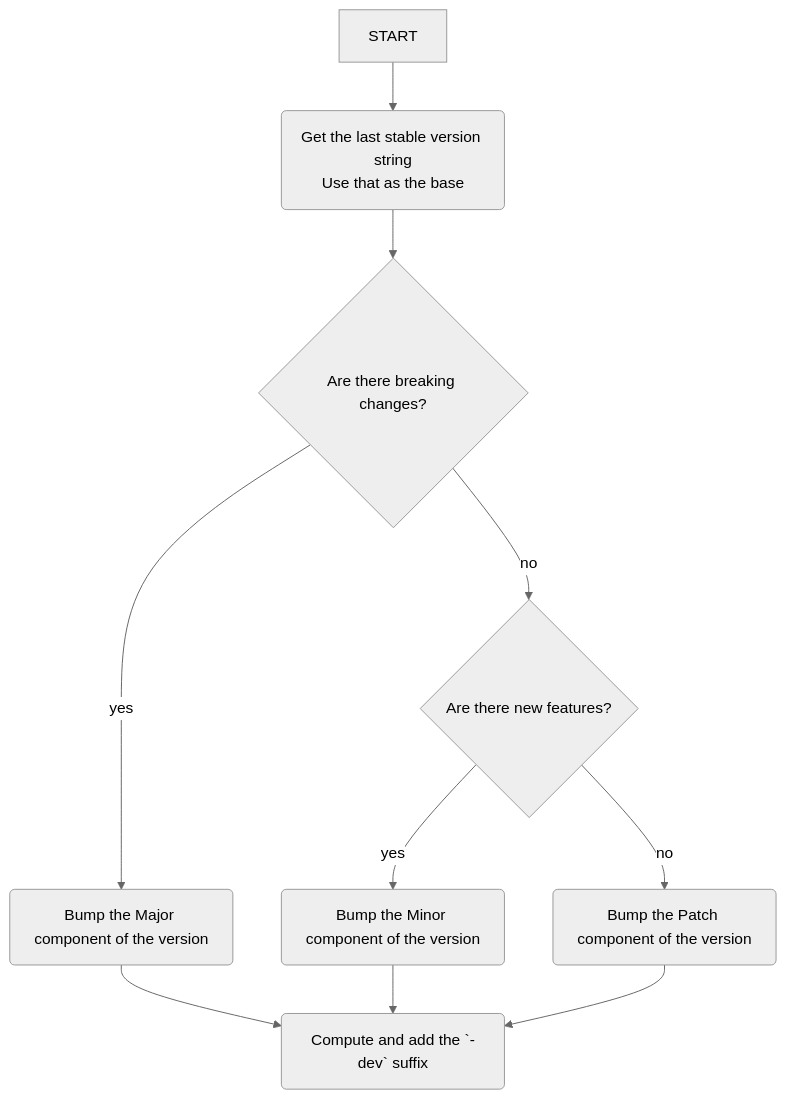
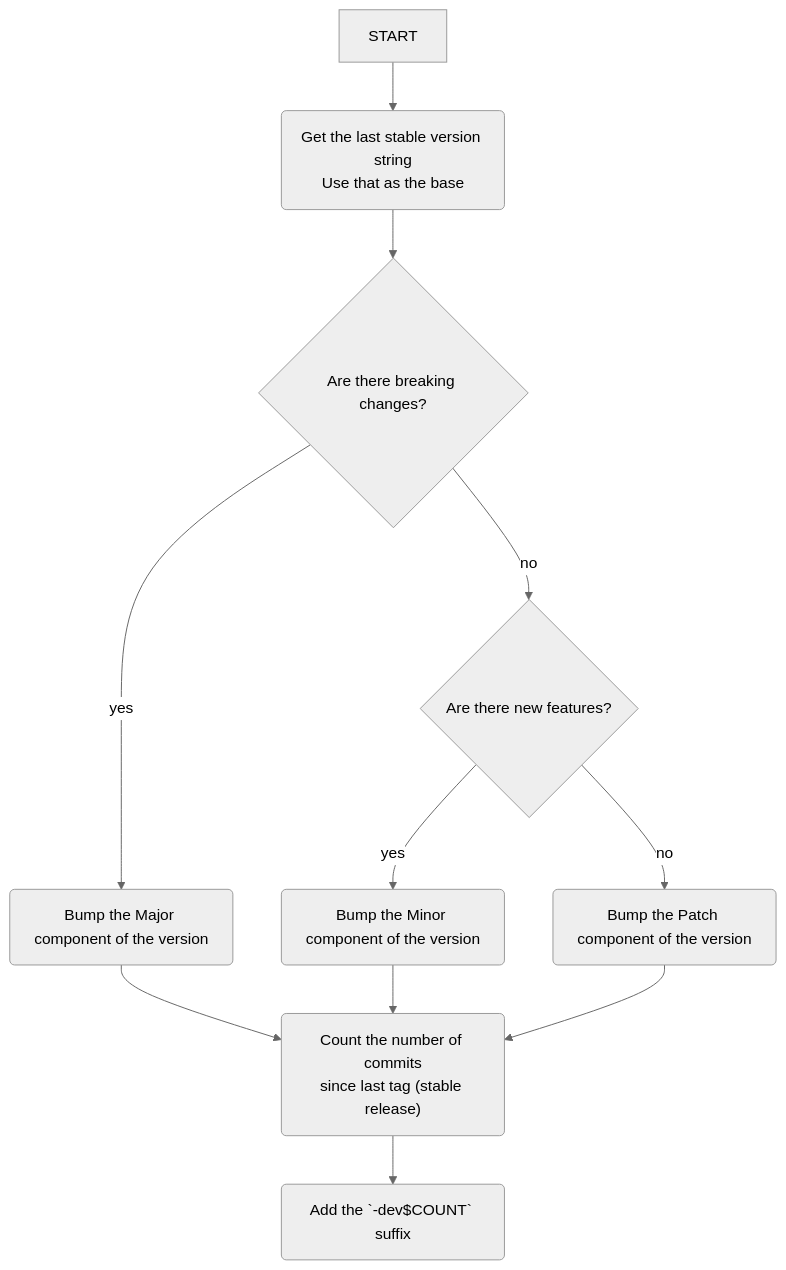
Before and after one commit to canonical/checkbox: the first of 3 diagrams in docs/explanation/continuous_delivery.md, drawn with Mermaid (neutral theme).

Commit message:
add info about commit counting

````diff
--- a/docs/explanation/continuous_delivery.md
+++ b/docs/explanation/continuous_delivery.md
@@ -27,25 +27,28 @@
 ```mermaid
 
 graph TD;
 
 last_stable("Get the last stable version string\nUse that as the base")
 
 are_breaking{"Are there breaking changes?"}
 breaking("Bump the Major component of the version")
 are_new_things{"Are there new features?"}
 minor("Bump the Minor component of the version")
 patch("Bump the Patch component of the version")
-append_suffix("Compute and add the `-dev` suffix")
+count("Count the number of commits\nsince last tag (stable release)")
+append_suffix("Add the `-dev$COUNT` suffix")
 
 START --> last_stable
 last_stable --> are_breaking
 are_breaking -->|no| are_new_things
 are_breaking -->|yes| breaking
 
 are_new_things -->|no| patch
 are_new_things -->|yes| minor
 
-breaking --> append_suffix
-minor --> append_suffix
-patch --> append_suffix
+breaking --> count
+minor --> count
+patch --> count
+
+count --> append_suffix
 ```
````
